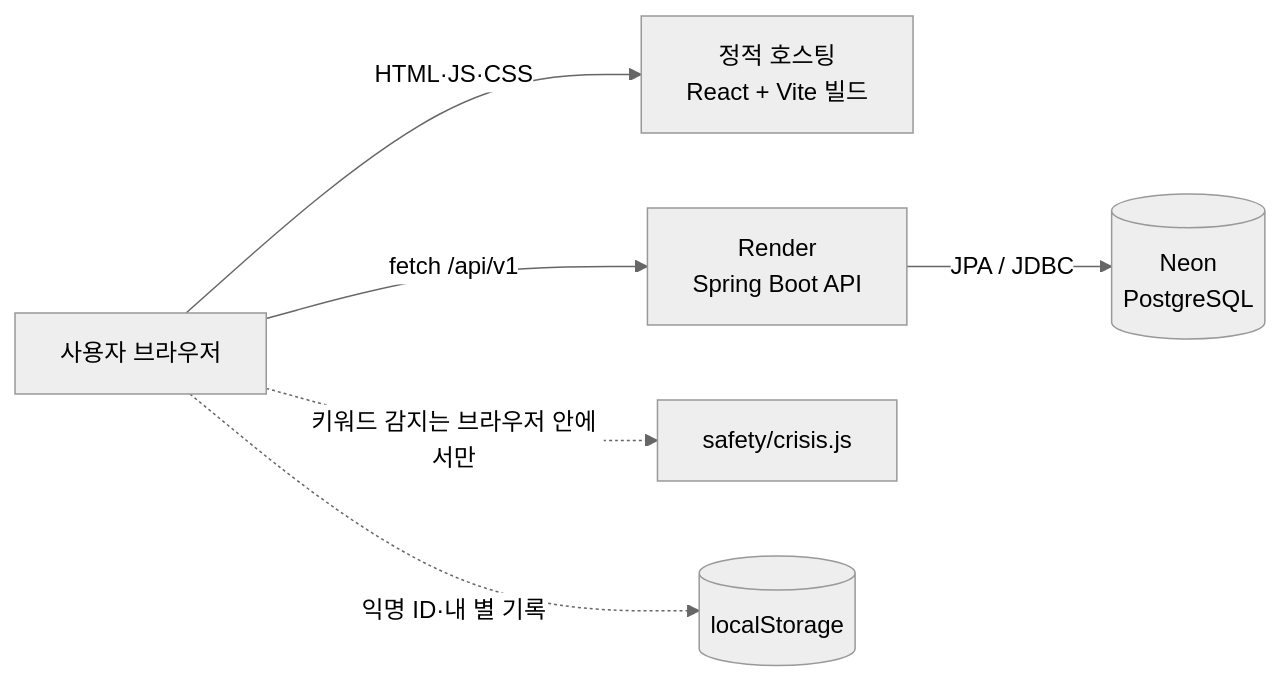
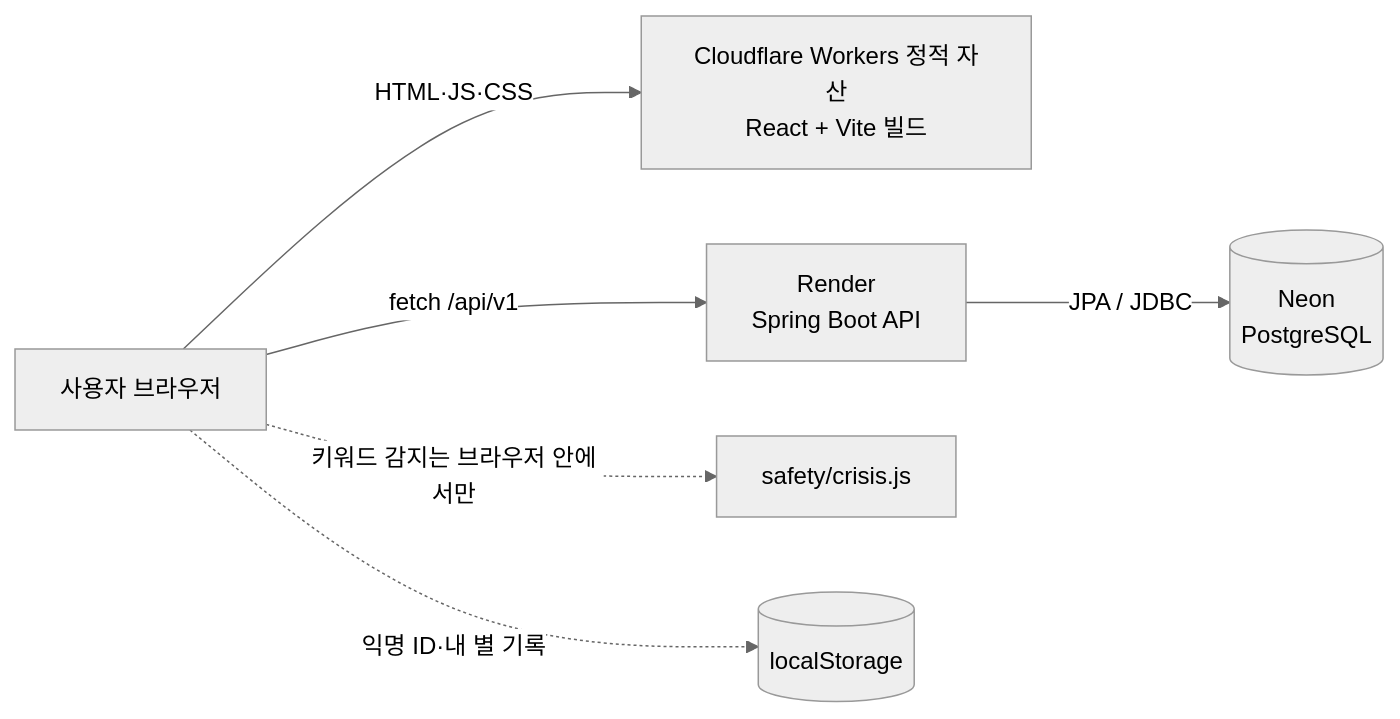
The first of 2 diagrams in docs/tech-design.md (hanwooya361/makchabyeol), drawn with Mermaid (neutral theme) before and after one commit. The commit also changed other lines of this file and 11 other files, not shown here.

````diff
--- a/docs/tech-design.md
+++ b/docs/tech-design.md
@@ -32,8 +32,8 @@
 ```mermaid
 flowchart LR
-    U[사용자 브라우저] -->|HTML·JS·CSS| FE[정적 호스팅<br/>React + Vite 빌드]
+    U[사용자 브라우저] -->|HTML·JS·CSS| FE[Cloudflare Workers 정적 자산<br/>React + Vite 빌드]
     U -->|fetch /api/v1| BE[Render<br/>Spring Boot API]
     BE -->|JPA / JDBC| DB[(Neon<br/>PostgreSQL)]
     U -.->|키워드 감지는 브라우저 안에서만| SF[safety/crisis.js]
     U -.->|익명 ID·내 별 기록| LS[(localStorage)]
 ```
````
